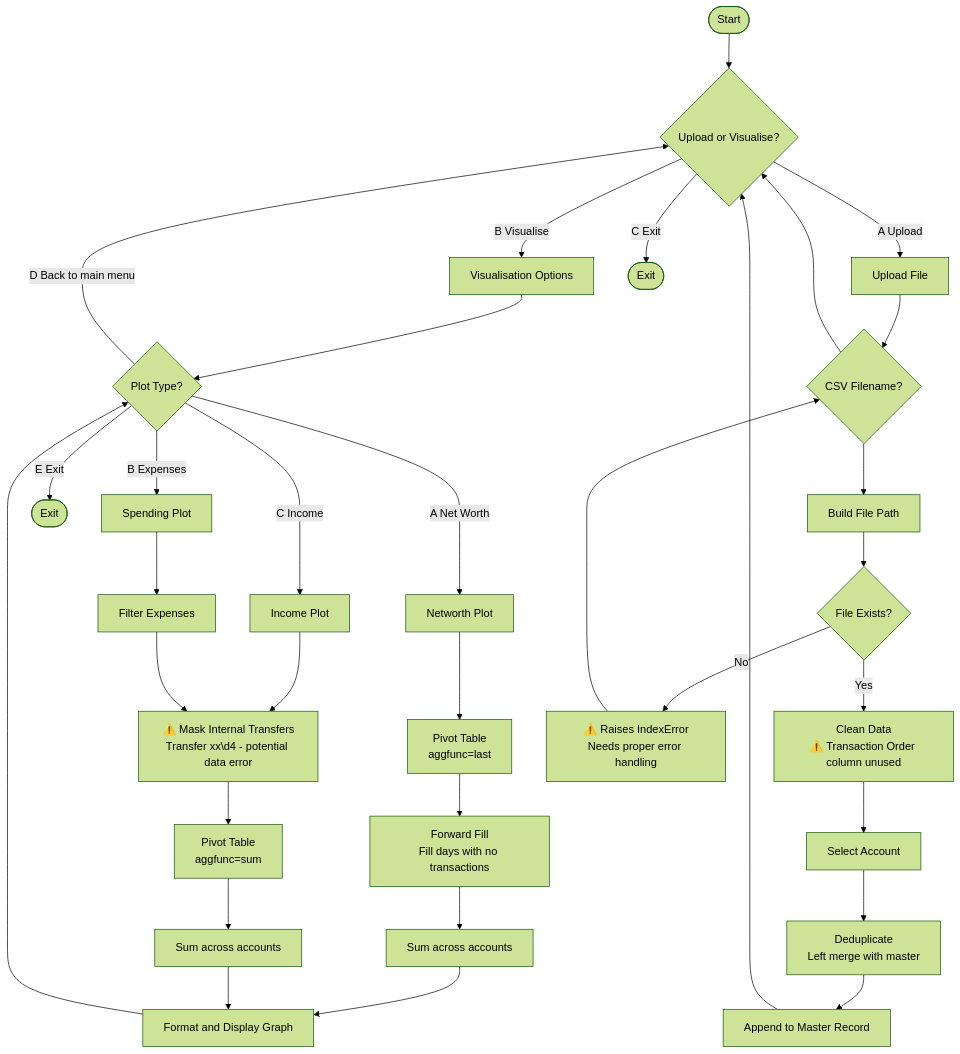
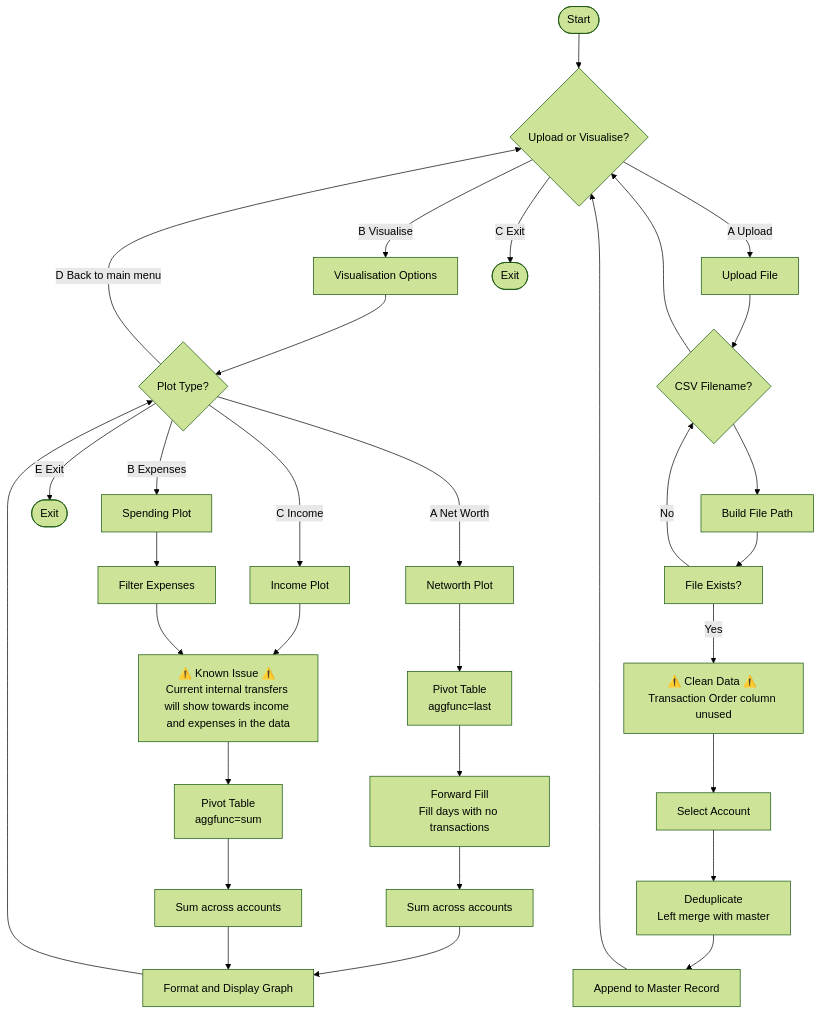
Before and after one commit to Harryjsmith40/Financial-Data-Tracker: the diagram in README.md, drawn with Mermaid (forest theme).

Commit message:
docs: update README flowchart to reflect logic and error handling changes

````diff
--- a/README.md
+++ b/README.md
@@ -26,39 +26,38 @@
 ```mermaid
 flowchart TD
     A([Start]) --> B{Upload or Visualise?}
     B -->|A Upload| C[Upload File]
     B -->|B Visualise| D[Visualisation Options]
     B -->|C Exit| E([Exit])
 
     D --> F{Plot Type?}
     F -->|A Net Worth| G[Networth Plot]
     F -->|B Expenses| H[Spending Plot]
     F -->|C Income| I[Income Plot]
     F -->|D Back to main menu| B
     F -->|E Exit| E1([Exit])
 
     G --> G1[Pivot Table\naggfunc=last]
     G1 --> G2[Forward Fill\nFill days with no transactions]
     G2 --> G3[Sum across accounts]
     G3 --> PLOT[Format and Display Graph]
     PLOT --> F
 
     H --> J1[Filter Expenses]
     I --> J2[Filter Income]
-    J1 --> J2[⚠️ Mask Internal Transfers\nTransfer xx\d4 - potential data error]
+    J1 --> J2[⚠️ Known Issue ⚠️ Current internal transfers will show towards income and expenses in the data]
     J2 --> J3[Pivot Table\naggfunc=sum]
     J3 --> J4[Sum across accounts]
     J4 --> PLOT
 
     C --> C1{CSV Filename?}
     C1 --> B
     C1 --> C2[Build File Path]
-    C2 --> C3{File Exists?}
-    C3 -->|Yes| C5[Clean Data\n⚠️ Transaction Order column unused]
+    C2 --> C3[File Exists?]
+    C3 -->|Yes| C5[⚠️ Clean Data ⚠️ Transaction Order column unused]
     C5 --> C6[Select Account]
     C6 --> C7[Deduplicate\nLeft merge with master]
     C7 --> C8[Append to Master Record]
     C8 --> B
-    C3 -->|No| C4[⚠️ Raises IndexError\nNeeds proper error handling]
-    C4 --> C1
+    C3 -->|No| C1
 ```
````
